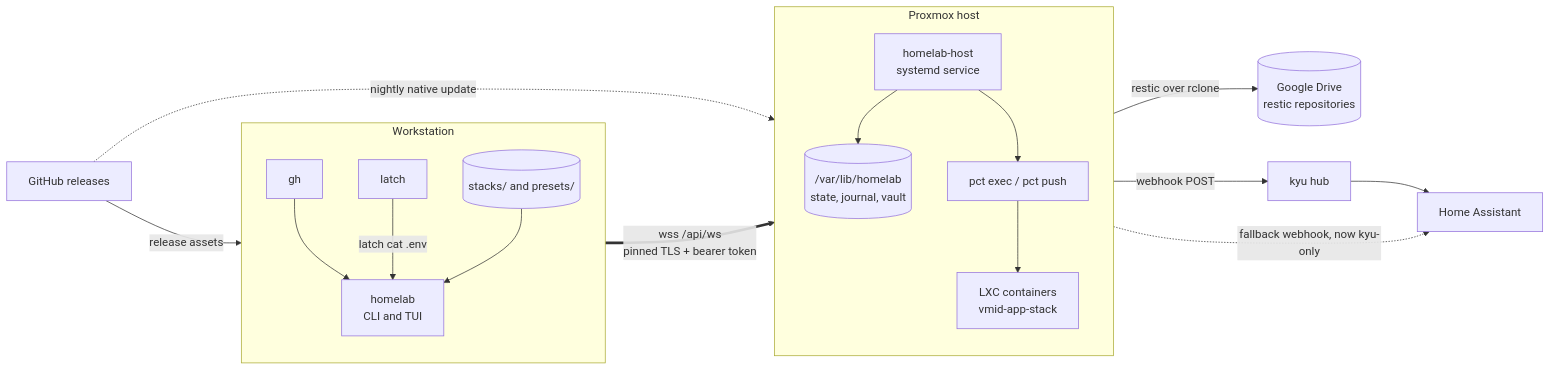
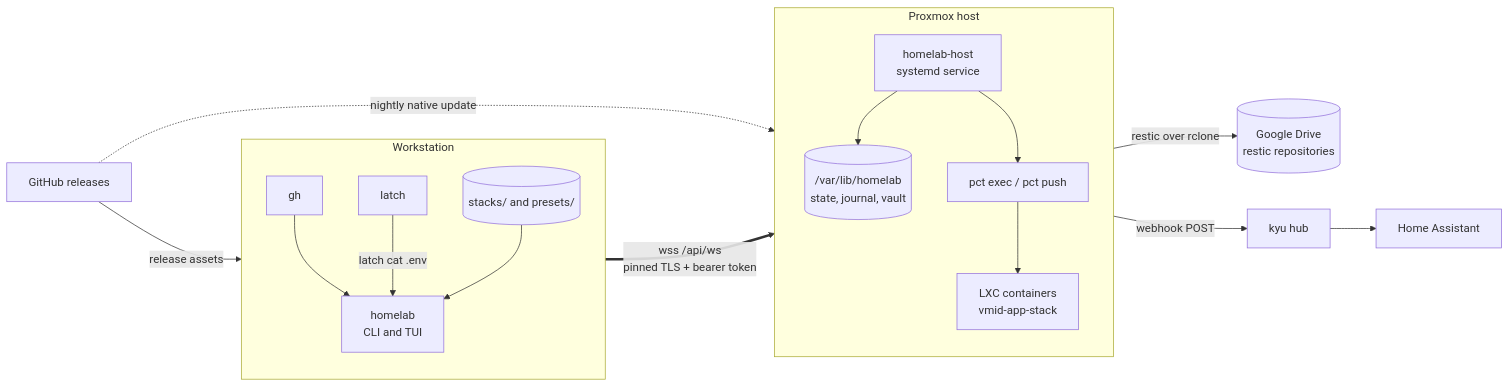
The first of 5 diagrams in docs/ARCHITECTURE_REFERENCE.md (kennypassenier/homelab), drawn with Mermaid before and after one commit.

Commit message:
docs: drop the host fallback edge from the architecture diagram [kyu-notify-1]

````diff
--- a/docs/ARCHITECTURE_REFERENCE.md
+++ b/docs/ARCHITECTURE_REFERENCE.md
@@ -23,33 +23,32 @@
 ```mermaid
 flowchart LR
     github["GitHub releases"]
     subgraph WS["Workstation"]
         direction TB
         gh["gh"]
         latch["latch"]
         stacks[("stacks/ and presets/")]
         client["homelab<br/>CLI and TUI"]
     end
     subgraph PVE["Proxmox host"]
         direction TB
         daemon["homelab-host<br/>systemd service"]
         state[("/var/lib/homelab<br/>state, journal, vault")]
         pct["pct exec / pct push"]
         ct["LXC containers<br/>vmid-app-stack"]
     end
     gdrive[("Google Drive<br/>restic repositories")]
     kyu["kyu hub"]
     ha["Home Assistant"]
 
     github -->|"release assets"| gh
     gh --> client
     latch -->|"latch cat .env"| client
     stacks --> client
     client ==>|"wss /api/ws<br/>pinned TLS + bearer token"| daemon
     daemon --> state
     daemon --> pct --> ct
     daemon -->|"restic over rclone"| gdrive
     daemon -->|"webhook POST"| kyu --> ha
-    daemon -.->|"fallback webhook, now kyu-only"| ha
     github -.->|"nightly native update"| daemon
 ```
````
